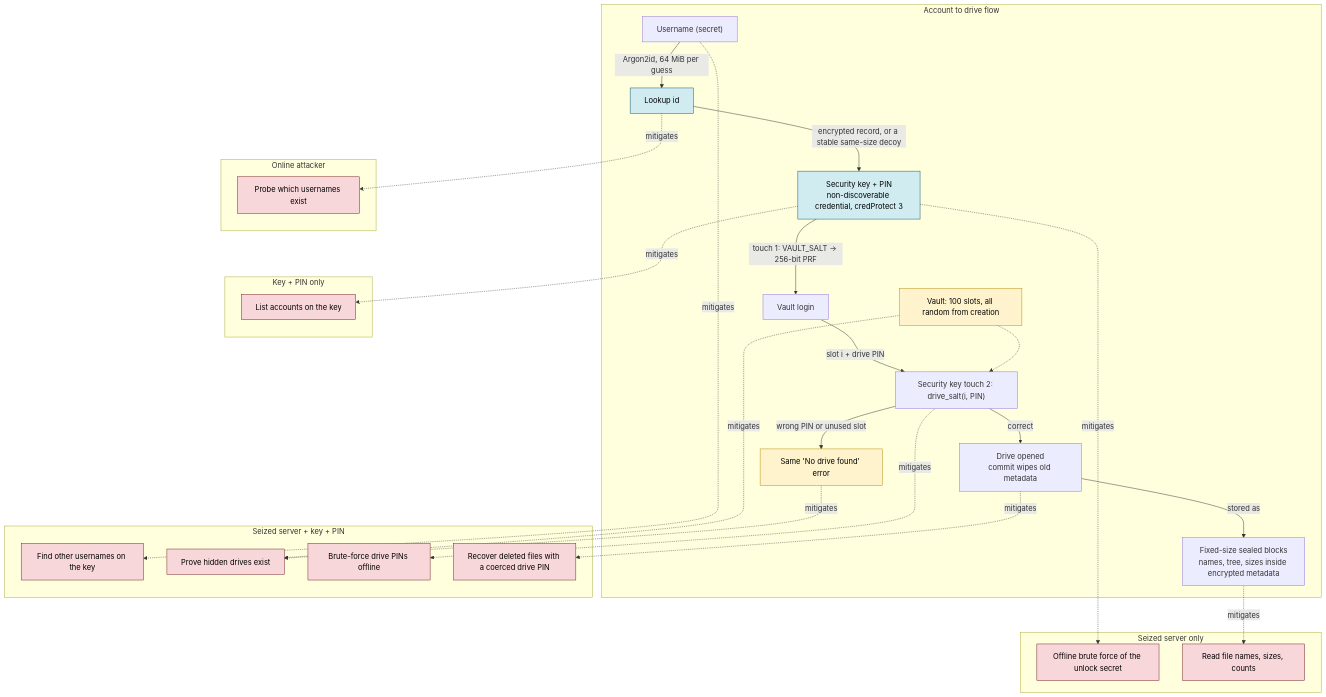
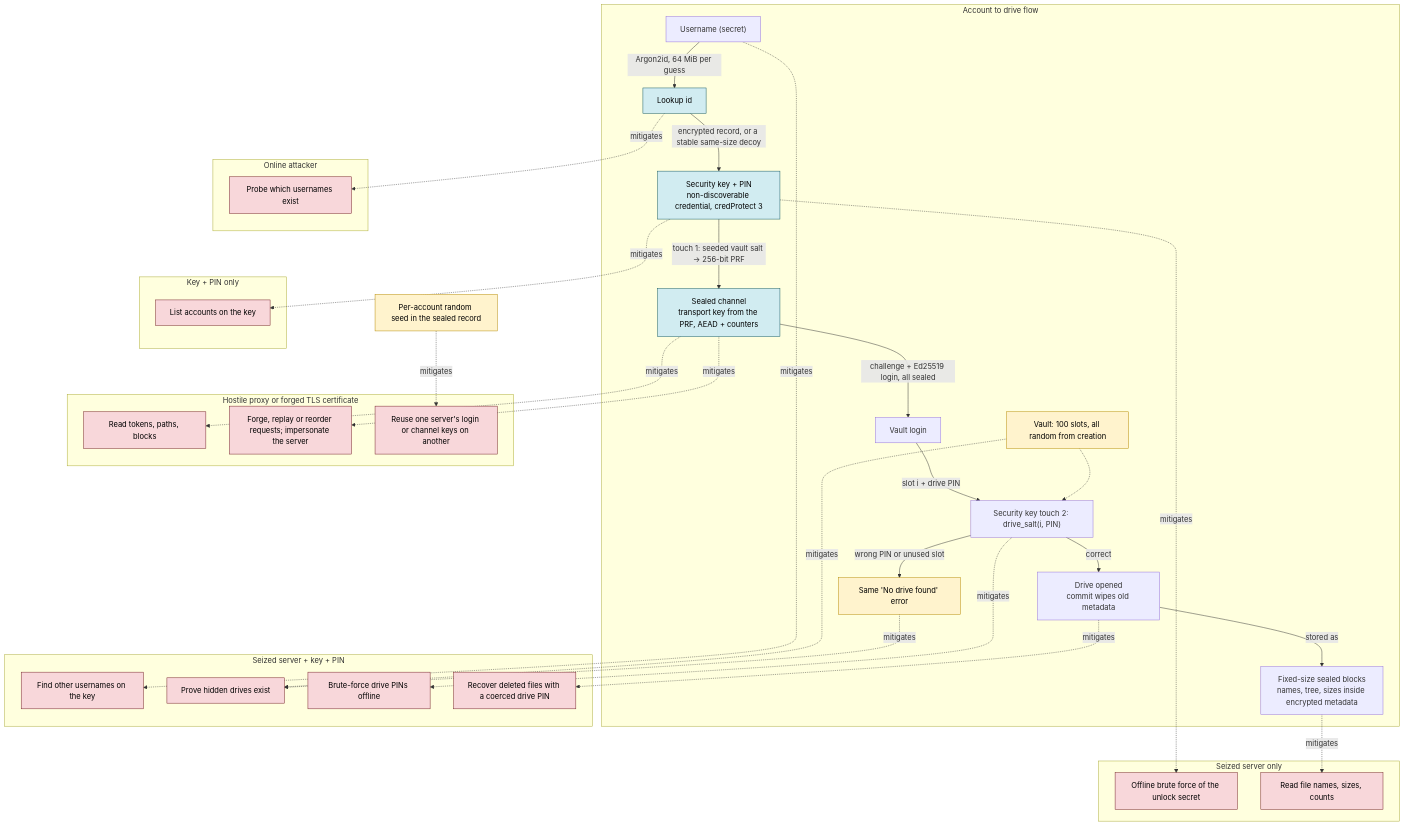
Before and after one commit to CodeXTF2/strongbox: the diagram in README.md, drawn with Mermaid. The commit also changed other lines of this file and 20 other files, not shown here.

First line of the commit message:
feat: sealed channel so a hostile proxy sees only ciphertext

````diff
--- a/README.md
+++ b/README.md
@@ -53,47 +54,56 @@
 ```mermaid
 flowchart TD
   subgraph flow["Account to drive flow"]
     U["Username (secret)"] -->|"Argon2id, 64 MiB per guess"| L["Lookup id"]
     L -->|"encrypted record, or a stable same-size decoy"| K["Security key + PIN<br/>non-discoverable credential, credProtect 3"]
-    K -->|"touch 1: VAULT_SALT → 256-bit PRF"| V["Vault login"]
+    K -->|"touch 1: seeded vault salt → 256-bit PRF"| C["Sealed channel<br/>transport key from the PRF, AEAD + counters"]
+    C -->|"challenge + Ed25519 login, all sealed"| V["Vault login"]
     V -->|"slot i + drive PIN"| K2["Security key touch 2: drive_salt(i, PIN)"]
     K2 -->|"correct"| O["Drive opened<br/>commit wipes old metadata"]
     K2 -->|"wrong PIN or unused slot"| N["Same 'No drive found' error"]
     S["Vault: 100 slots, all random from creation"] -.-> K2
     O -->|"stored as"| B["Fixed-size sealed blocks<br/>names, tree, sizes inside encrypted metadata"]
   end
 
   subgraph online["Online attacker"]
     T1["Probe which usernames exist"]
   end
   subgraph seized["Seized server only"]
     T2["Offline brute force of the unlock secret"]
     T3["Read file names, sizes, counts"]
   end
   subgraph coerced["Seized server + key + PIN"]
     T4["Find other usernames on the key"]
     T5["Prove hidden drives exist"]
     T6["Brute-force drive PINs offline"]
     T7["Recover deleted files with a coerced drive PIN"]
   end
   subgraph keyonly["Key + PIN only"]
     T8["List accounts on the key"]
   end
+  subgraph network["Hostile proxy or forged TLS certificate"]
+    T9["Read tokens, paths, blocks"]
+    T10["Forge, replay or reorder requests; impersonate the server"]
+    T11["Reuse one server's login or channel keys on another"]
+  end
 
   L -.->|mitigates| T1
   K -.->|mitigates| T2
   B -.->|mitigates| T3
   U -.->|mitigates| T4
   S -.->|mitigates| T5
   N -.->|mitigates| T5
   K2 -.->|mitigates| T6
   O -.->|mitigates| T7
   K -.->|mitigates| T8
+  C -.->|mitigates| T9
+  C -.->|mitigates| T10
+  S2["Per-account random seed in the sealed record"] -.->|mitigates| T11
 
   classDef account fill:#d1ecf1,stroke:#0c5460,color:#000
   classDef vault fill:#fff3cd,stroke:#b58900,color:#000
   classDef threat fill:#f8d7da,stroke:#721c24,color:#000
-  class L,K account
-  class N,S vault
-  class T1,T2,T3,T4,T5,T6,T7,T8 threat
+  class L,K,C account
+  class N,S,S2 vault
+  class T1,T2,T3,T4,T5,T6,T7,T8,T9,T10,T11 threat
 ```
````
